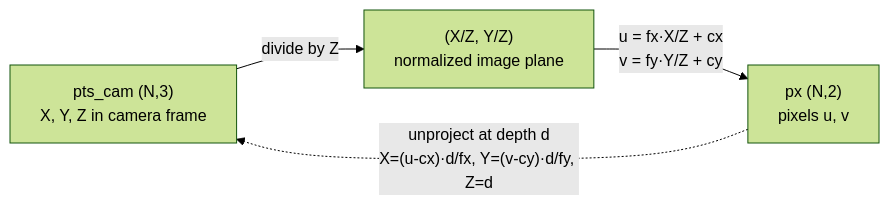
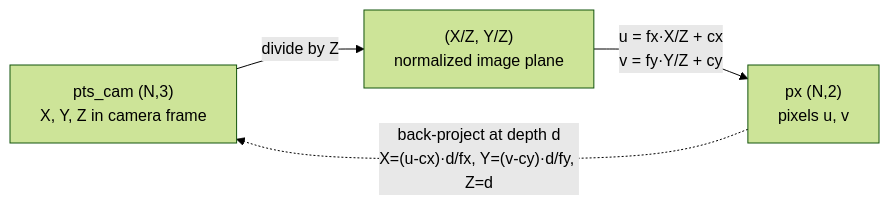
One commit to tanmaniac/nanovision changed the first of 3 diagrams in assignments/a11_5a_camera_geometry_bev/README.md. Above: the diagram before and after it, drawn with Mermaid (forest theme). The commit also changed other lines of this file and 68 other files, not shown here.

````diff
--- a/assignments/a11_5a_camera_geometry_bev/README.md
+++ b/assignments/a11_5a_camera_geometry_bev/README.md
@@ -139,6 +85,6 @@
 ```mermaid
 flowchart LR
     A["pts_cam (N,3)<br/>X, Y, Z in camera frame"] -->|"divide by Z"| B["(X/Z, Y/Z)<br/>normalized image plane"]
     B -->|"u = fx·X/Z + cx<br/>v = fy·Y/Z + cy"| C["px (N,2)<br/>pixels u, v"]
-    C -. "unproject at depth d<br/>X=(u-cx)·d/fx, Y=(v-cy)·d/fy, Z=d" .-> A
+    C -. "back-project at depth d<br/>X=(u-cx)·d/fx, Y=(v-cy)·d/fy, Z=d" .-> A
 ```
````
